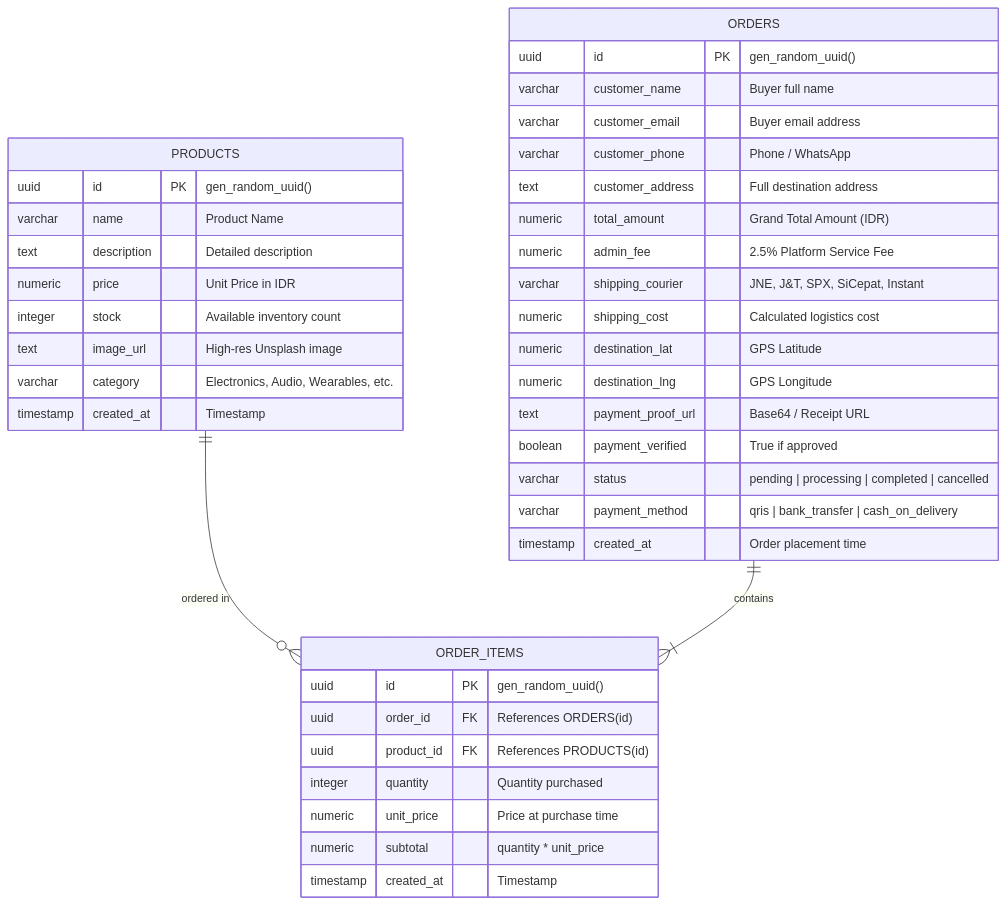
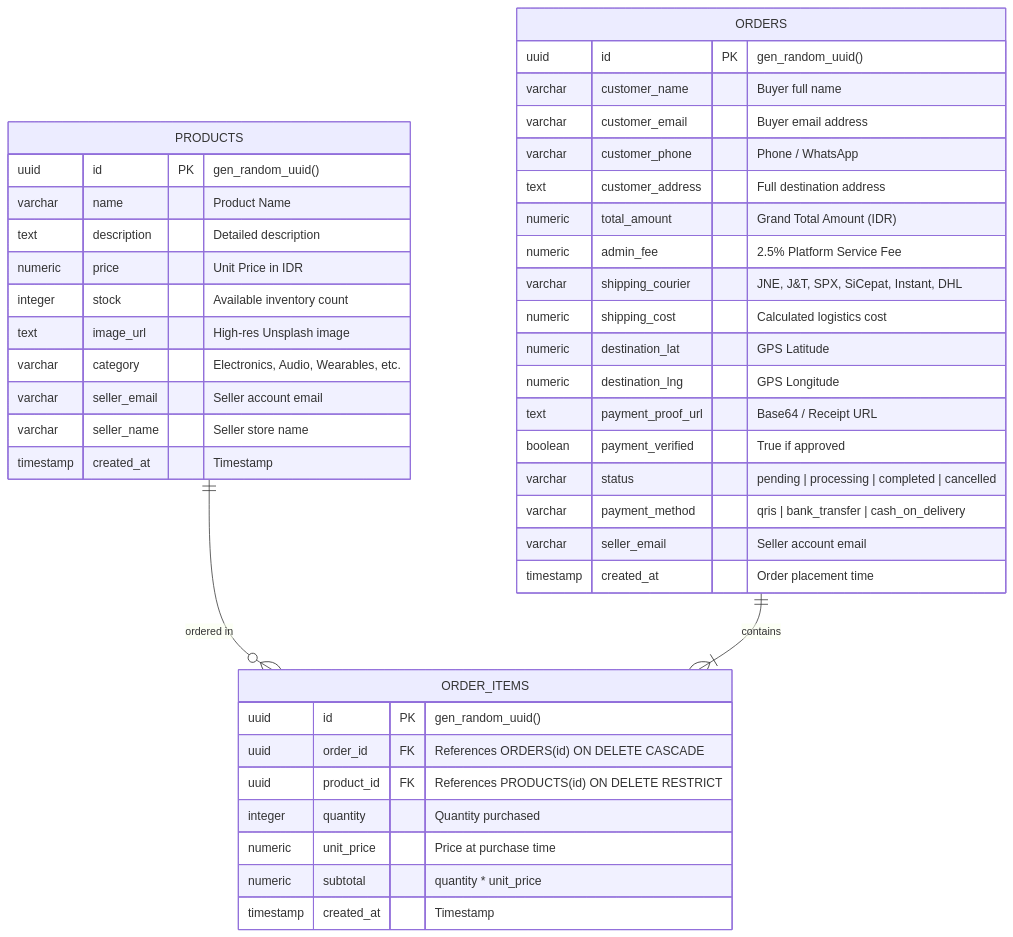
One commit to aam19azmi/Mini-E-Commerce-and-Realtime-Dashboard changed the diagram in docs/PRD_AND_ERD.md. Above: the diagram before and after it, drawn with Mermaid. The commit also changed other lines of this file and 14 other files, not shown here.

````diff
--- a/docs/PRD_AND_ERD.md
+++ b/docs/PRD_AND_ERD.md
@@ -60,45 +60,48 @@
 ```mermaid
 erDiagram
     PRODUCTS {
         uuid id PK "gen_random_uuid()"
         varchar name "Product Name"
         text description "Detailed description"
         numeric price "Unit Price in IDR"
         integer stock "Available inventory count"
         text image_url "High-res Unsplash image"
         varchar category "Electronics, Audio, Wearables, etc."
+        varchar seller_email "Seller account email"
+        varchar seller_name "Seller store name"
         timestamp created_at "Timestamp"
     }
 
     ORDERS {
         uuid id PK "gen_random_uuid()"
         varchar customer_name "Buyer full name"
         varchar customer_email "Buyer email address"
         varchar customer_phone "Phone / WhatsApp"
         text customer_address "Full destination address"
         numeric total_amount "Grand Total Amount (IDR)"
         numeric admin_fee "2.5% Platform Service Fee"
-        varchar shipping_courier "JNE, J&T, SPX, SiCepat, Instant"
+        varchar shipping_courier "JNE, J&T, SPX, SiCepat, Instant, DHL"
         numeric shipping_cost "Calculated logistics cost"
         numeric destination_lat "GPS Latitude"
         numeric destination_lng "GPS Longitude"
         text payment_proof_url "Base64 / Receipt URL"
         boolean payment_verified "True if approved"
         varchar status "pending | processing | completed | cancelled"
         varchar payment_method "qris | bank_transfer | cash_on_delivery"
+        varchar seller_email "Seller account email"
         timestamp created_at "Order placement time"
     }
 
     ORDER_ITEMS {
         uuid id PK "gen_random_uuid()"
-        uuid order_id FK "References ORDERS(id)"
-        uuid product_id FK "References PRODUCTS(id)"
+        uuid order_id FK "References ORDERS(id) ON DELETE CASCADE"
+        uuid product_id FK "References PRODUCTS(id) ON DELETE RESTRICT"
         integer quantity "Quantity purchased"
         numeric unit_price "Price at purchase time"
         numeric subtotal "quantity * unit_price"
         timestamp created_at "Timestamp"
     }
 
     PRODUCTS ||--o{ ORDER_ITEMS : "ordered in"
     ORDERS ||--|{ ORDER_ITEMS : "contains"
 ```
````
